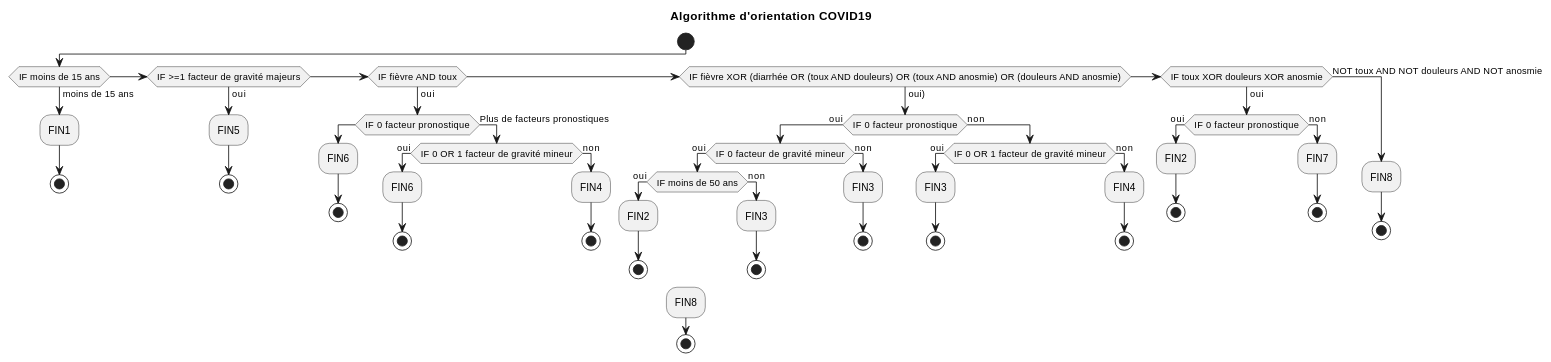
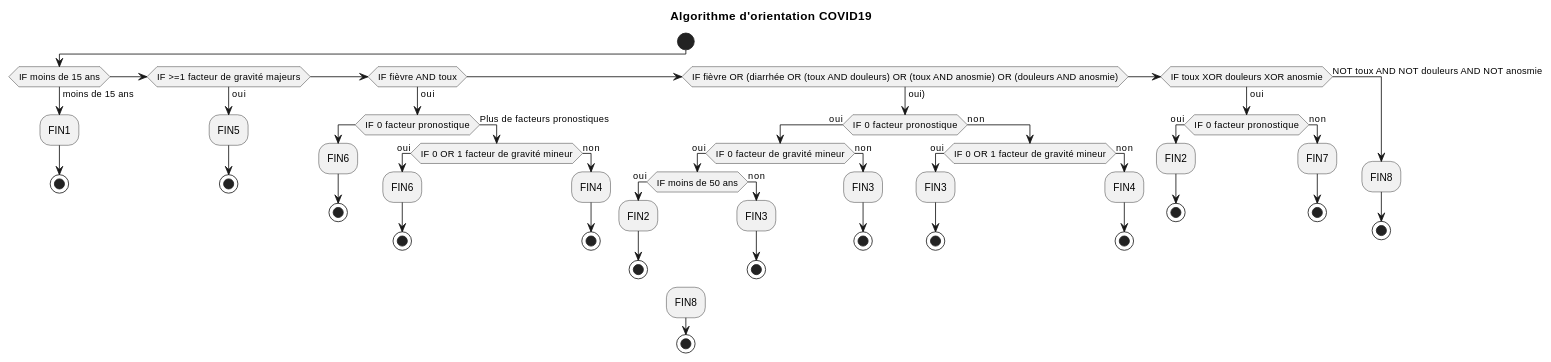
The diagram in diagramme.org (Delegation-numerique-en-sante/covid19-algorithme-orientation), drawn with PlantUML before and after one commit. The commit also changed 1 other file, not shown here.

Commit message:
Fix diagramme*
See previous fix.

```diff
--- a/diagramme.org
+++ b/diagramme.org
@@ -1,71 +1,71 @@
 #+begin_src plantuml :file diagramme-algorithme-orientation-covid19.png
 @startuml
 title Algorithme d'orientation COVID19
 
 start
 
 if (IF moins de 15 ans) then (moins de 15 ans)
    :FIN1;
    stop
 
 elseif (IF >=1 facteur de gravité majeurs) then (oui)
    :FIN5;
    stop
 
 elseif (IF fièvre AND toux) then (oui)
        if (IF 0 facteur pronostique) then 
           :FIN6;
           stop
        else (Plus de facteurs pronostiques)
           if (IF 0 OR 1 facteur de gravité mineur) then (oui)
              :FIN6;
              stop
           else (non)
              :FIN4;
              stop
           endif
        endif
 
-elseif (IF fièvre XOR (diarrhée OR (toux AND douleurs) OR (toux AND anosmie) OR (douleurs AND anosmie)) then (oui))
+elseif (IF fièvre OR (diarrhée OR (toux AND douleurs) OR (toux AND anosmie) OR (douleurs AND anosmie)) then (oui))
        if (IF 0 facteur pronostique) then (oui)
            if (IF 0 facteur de gravité mineur) then (oui)
               if (IF moins de 50 ans) then (oui)
                  :FIN2;
                  stop;
               else (non)
                  :FIN3;
                  stop;
               endif
            else (non)
               :FIN3;
               stop;
            endif
         else (non)
            if (IF 0 OR 1 facteur de gravité mineur) then (oui)
               :FIN3;
               stop
            else (non)
               :FIN4;
               stop
            endif
         endif
 
 elseif (IF toux XOR douleurs XOR anosmie) then (oui)
        if (IF 0 facteur pronostique) then (oui)
           :FIN2;
           stop
        else (non)
           :FIN7;
           stop
        endif
 
 else (NOT toux AND NOT douleurs AND NOT anosmie)
      :FIN8;
      stop
 endif
 
 :FIN8;
 stop
 
 @enduml
 #+end_src
```
